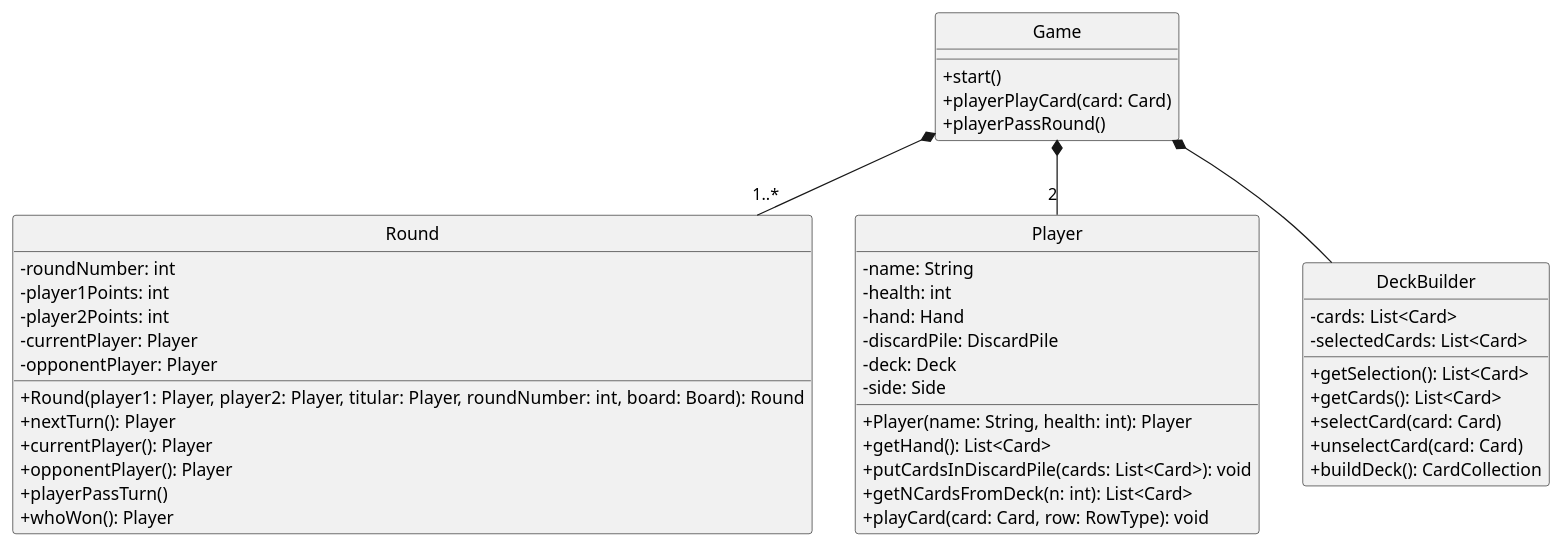
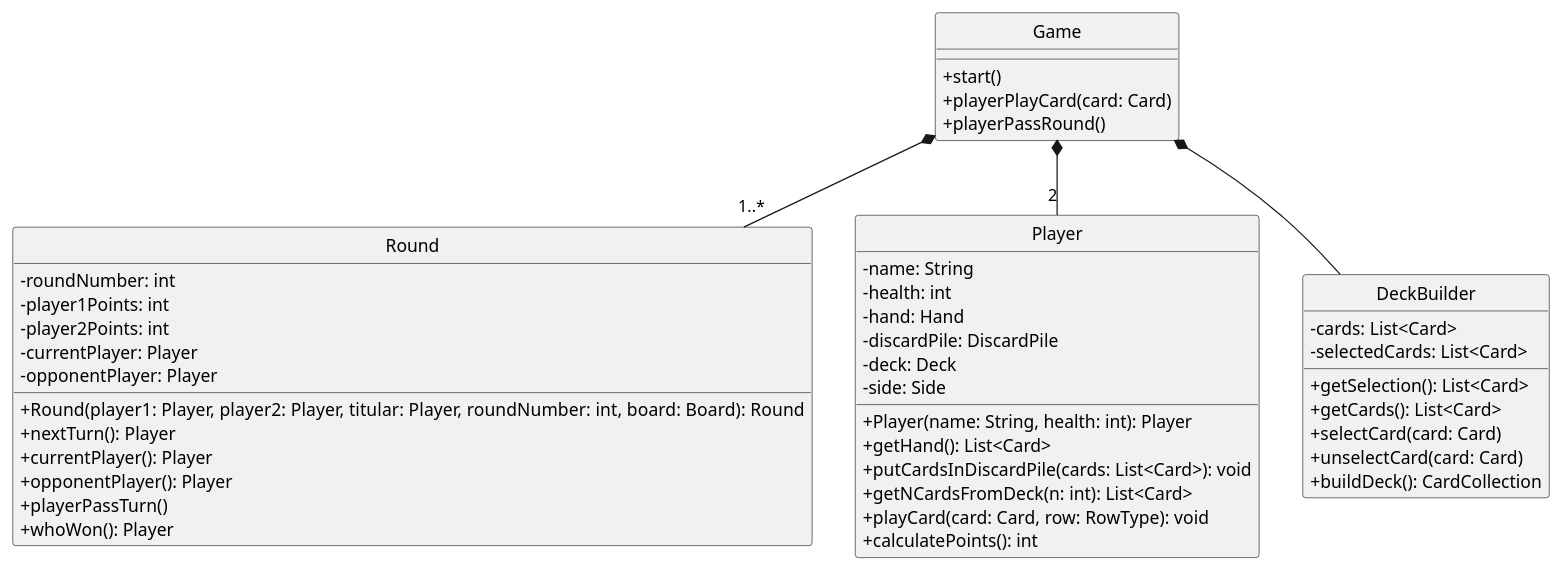
The diagram in diagrams/classes/game.plantuml (Yonhir/algo3_proyecto_base_tp2), drawn with PlantUML before and after one commit. The commit also changed 1 other file, not shown here.

```diff
--- a/diagrams/classes/game.plantuml
+++ b/diagrams/classes/game.plantuml
@@ -1,62 +1,63 @@
 @startuml
 
 skinparam monochrome true
 hide circle
 skinparam classAttributeIconSize 0
 
 ' =====================
 ' GAME
 ' =====================
 class Game {
   +start()
   +playerPlayCard(card: Card)
   +playerPassRound()
 }
 
 class Round {
   -roundNumber: int
   -player1Points: int
   -player2Points: int
   -currentPlayer: Player
   -opponentPlayer: Player
   +Round(player1: Player, player2: Player, titular: Player, roundNumber: int, board: Board): Round
   +nextTurn(): Player
   +currentPlayer(): Player
   +opponentPlayer(): Player
   +playerPassTurn()
   +whoWon(): Player
 }
 
 class Player {
   -name: String
   -health: int
   -hand: Hand
   -discardPile: DiscardPile
   -deck: Deck
   -side: Side
   +Player(name: String, health: int): Player
   +getHand(): List<Card>
   +putCardsInDiscardPile(cards: List<Card>): void
   +getNCardsFromDeck(n: int): List<Card>
   +playCard(card: Card, row: RowType): void
+  +calculatePoints(): int
 }
 
 class DeckBuilder {
   -cards: List<Card>
   -selectedCards: List<Card>
   +getSelection(): List<Card>
   +getCards(): List<Card>
   +selectCard(card: Card)
   +unselectCard(card: Card)
   +buildDeck(): CardCollection
 }
 
 ' =====================
 ' RELATIONSHIPS
 ' =====================
 
 Game *-- "1..*" Round
 Game *-- "2" Player
 Game *-- DeckBuilder
 
 @enduml
```
